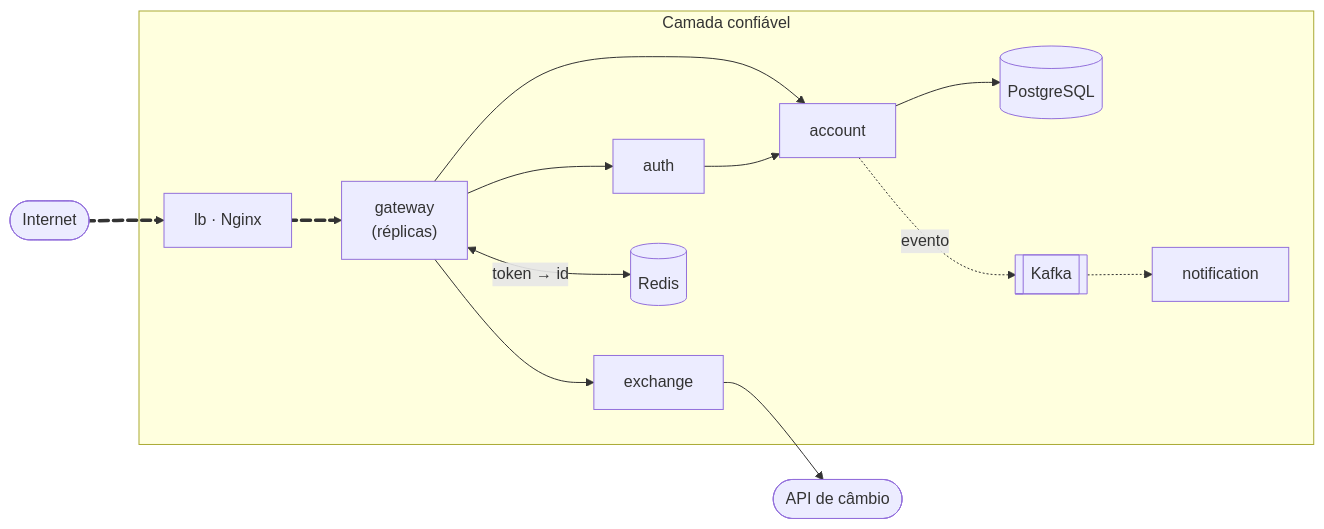
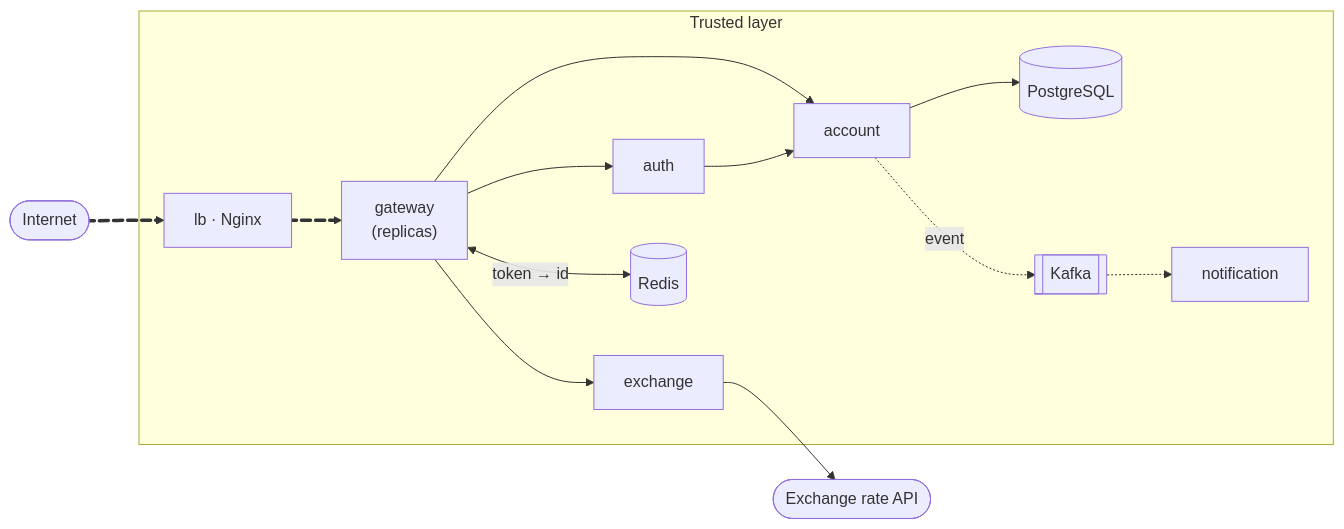
The diagram in docs/index.md (pna26/platform), drawn with Mermaid before and after one commit. The commit also changed other lines of this file and 55 other files, not shown here.

````diff
--- a/docs/index.md
+++ b/docs/index.md
@@ -24,17 +24,17 @@
 ``` mermaid
 flowchart LR
     internet([Internet]) e0@==> lb["lb · Nginx"]
-    subgraph trusted [Camada confiável]
-        lb e1@==> gw["gateway<br/>(réplicas)"]
+    subgraph trusted [Trusted layer]
+        lb e1@==> gw["gateway<br/>(replicas)"]
         gw --> auth
         gw --> account
         gw --> exchange
         gw <-->|token → id| redis[(Redis)]
         auth --> account
         account --> db[(PostgreSQL)]
-        account -.->|evento| kafka[[Kafka]] -.-> notification
+        account -.->|event| kafka[[Kafka]] -.-> notification
     end
-    exchange --> api3([API de câmbio])
+    exchange --> api3([Exchange rate API])
     e0@{ animate: true }
     e1@{ animate: true }
 ```
````
